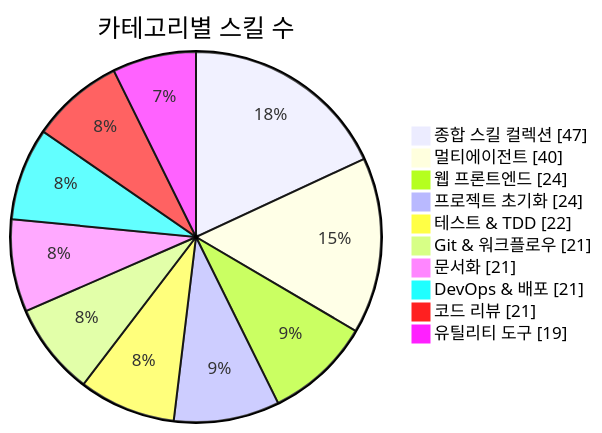
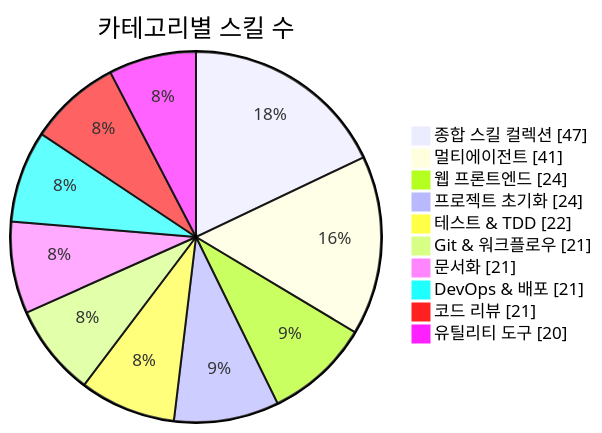
The first of 3 diagrams in README.md (J-nowcow/awesome-korean-agent-skills), drawn with Mermaid before and after one commit. The commit also changed other lines of this file and 5 other files, not shown here.

````diff
--- a/README.md
+++ b/README.md
@@ -176,14 +176,14 @@
 ```mermaid
 pie showData
     title 카테고리별 스킬 수
     "종합 스킬 컬렉션" : 47
-    "멀티에이전트" : 40
+    "멀티에이전트" : 41
     "웹 프론트엔드" : 24
     "프로젝트 초기화" : 24
     "테스트 & TDD" : 22
     "Git & 워크플로우" : 21
     "문서화" : 21
     "DevOps & 배포" : 21
     "코드 리뷰" : 21
-    "유틸리티 도구" : 19
+    "유틸리티 도구" : 20
 ```
````
